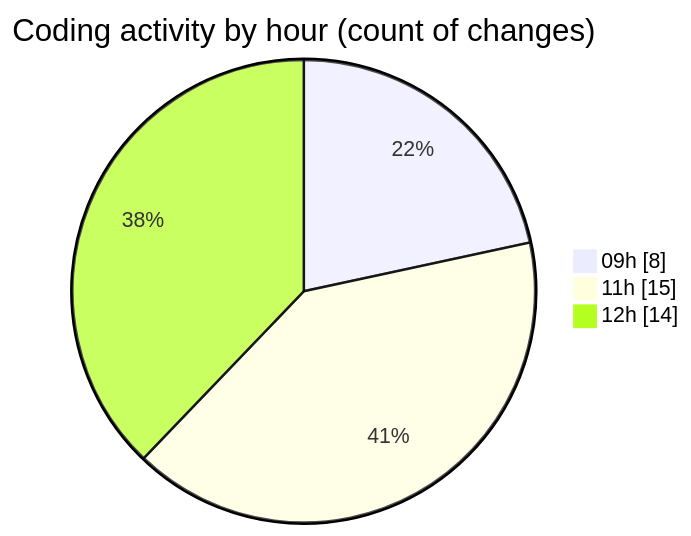
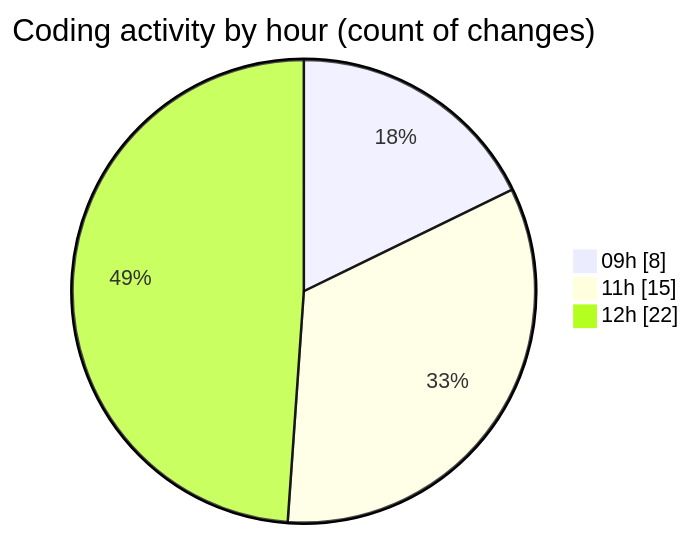
The second of 2 diagrams in 2025-11-20/cda/README.md (momahboobian/code-tracking), drawn with Mermaid before and after one commit. The commit also changed other lines of this file and 1 other file, not shown here.

````diff
--- a/2025-11-20/cda/README.md
+++ b/2025-11-20/cda/README.md
@@ -38,7 +39,7 @@
 ```mermaid
 pie showData
 title Coding activity by hour (count of changes)
 "09h" : 8
 "11h" : 15
-"12h" : 14
+"12h" : 22
 ```
````
